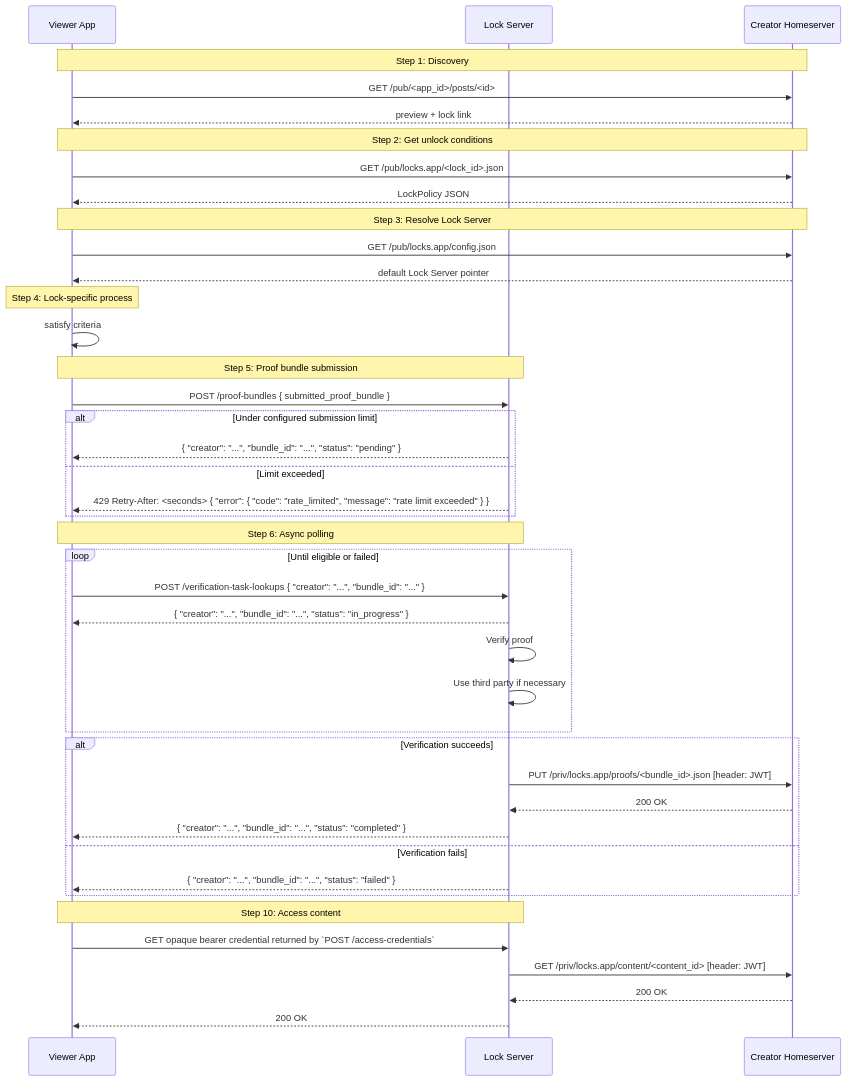
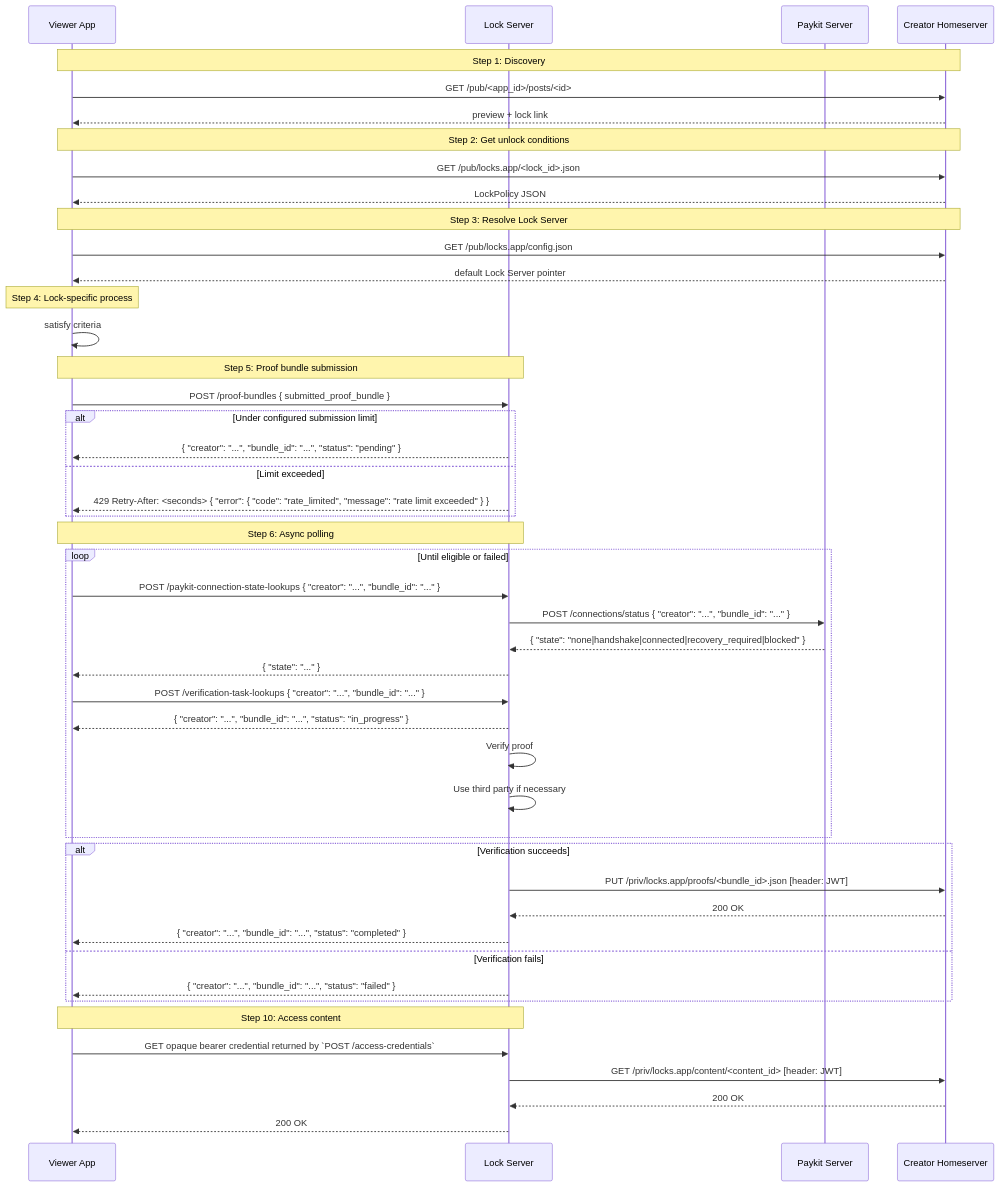
One commit to pubky/locks changed the second of 2 diagrams in README.md. Above: the diagram before and after it, drawn with Mermaid. The commit also changed other lines of this file and 42 other files, not shown here.

````diff
--- a/README.md
+++ b/README.md
@@ -350,51 +350,56 @@
 ```mermaid
 sequenceDiagram
   participant V as Viewer App
   participant L as Lock Server
+  participant P as Paykit Server
   participant H as Creator Homeserver
 
   Note over V,H: Step 1: Discovery
   V->>H: GET /pub/<app_id>/posts/<id>
   H-->>V: preview + lock link
 
   Note over V,H: Step 2: Get unlock conditions
   V->>H: GET /pub/locks.app/<lock_id>.json
   H-->>V: LockPolicy JSON
 
   Note over V,H: Step 3: Resolve Lock Server
   V->>H: GET /pub/locks.app/config.json
   H-->>V: default Lock Server pointer
 
   Note over V,V: Step 4: Lock-specific process
   V->>V: satisfy criteria
 
   Note over V,L: Step 5: Proof bundle submission
   V->>L: POST /proof-bundles { submitted_proof_bundle }
   alt Under configured submission limit
     L-->>V: { "creator": "...", "bundle_id": "...", "status": "pending" }
   else Limit exceeded
     L-->>V: 429 Retry-After: <seconds> { "error": { "code": "rate_limited", "message": "rate limit exceeded" } }
   end
 
   Note over V,L: Step 6: Async polling
   loop Until eligible or failed
+    V->>L: POST /paykit-connection-state-lookups { "creator": "...", "bundle_id": "..." }
+    L->>P: POST /connections/status { "creator": "...", "bundle_id": "..." }
+    P-->>L: { "state": "none|handshake|connected|recovery_required|blocked" }
+    L-->>V: { "state": "..." }
     V->>L: POST /verification-task-lookups { "creator": "...", "bundle_id": "..." }
     L-->>V: { "creator": "...", "bundle_id": "...", "status": "in_progress" }
     L->>L: Verify proof
     L->>L: Use third party if necessary
   end
 
   alt Verification succeeds
     L->>H: PUT /priv/locks.app/proofs/<bundle_id>.json [header: JWT]
     H-->>L: 200 OK
     L-->>V: { "creator": "...", "bundle_id": "...", "status": "completed" }
   else Verification fails
     L-->>V: { "creator": "...", "bundle_id": "...", "status": "failed" }
   end
 
   Note over V,L: Step 10: Access content
   V->>L: GET opaque bearer credential returned by `POST /access-credentials`
   L->>H: GET /priv/locks.app/content/<content_id> [header: JWT]
   H-->>L: 200 OK
   L-->>V: 200 OK
 ```
````
